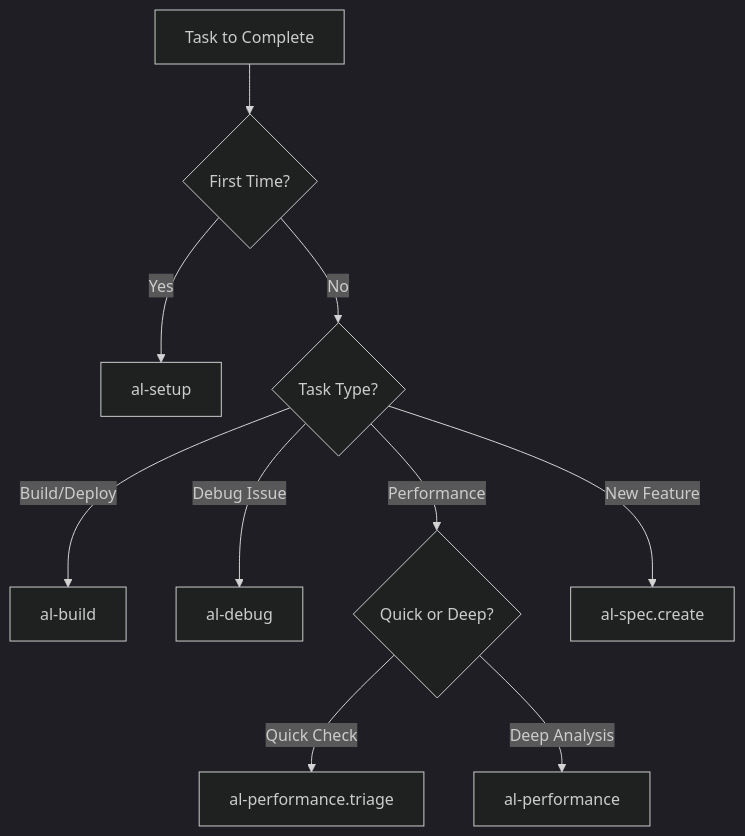
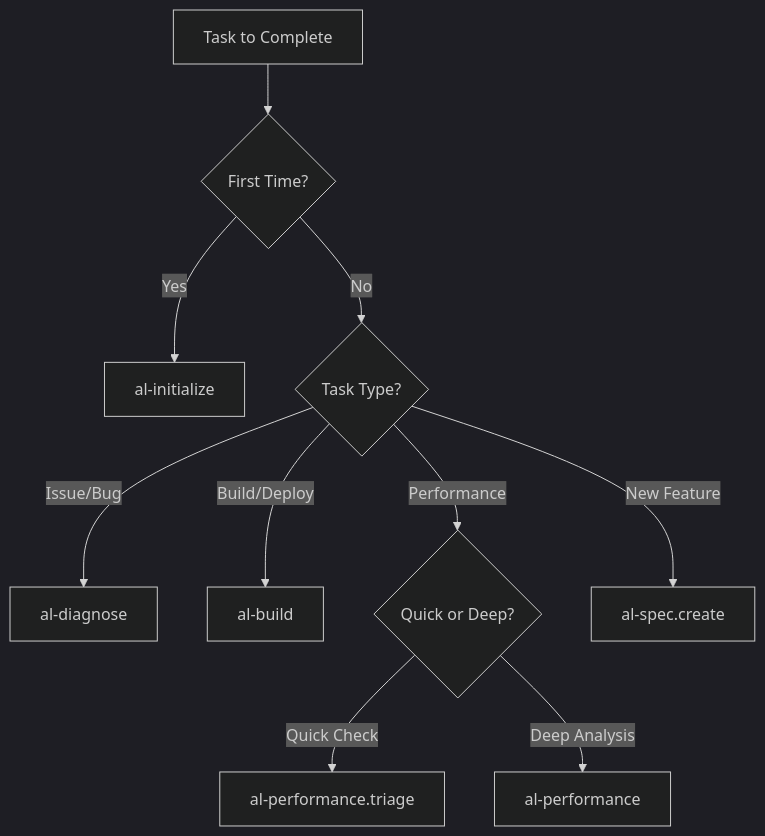
One commit to javiarmesto/AL-Development-Collection-for-GitHub-Copilot changed the diagram in prompts/index.md. Above: the diagram before and after it, drawn with Mermaid (dark theme). The commit also changed other lines of this file and 10 other files, not shown here.

````diff
--- a/prompts/index.md
+++ b/prompts/index.md
@@ -95,14 +92,14 @@
 ```mermaid
 graph TD
     Start[Task to Complete] --> Setup{First Time?}
-    Setup -->|Yes| SetupFlow[al-setup]
+    Setup -->|Yes| InitFlow[al-initialize]
     Setup -->|No| Type{Task Type?}
-    
+
+    Type -->|Issue/Bug| Diagnose[al-diagnose]
     Type -->|Build/Deploy| Build[al-build]
-    Type -->|Debug Issue| Debug[al-debug]
     Type -->|Performance| Perf{Quick or Deep?}
     Type -->|New Feature| Spec[al-spec.create]
-    
+
     Perf -->|Quick Check| Triage[al-performance.triage]
     Perf -->|Deep Analysis| PerfFull[al-performance]
 ```
````
